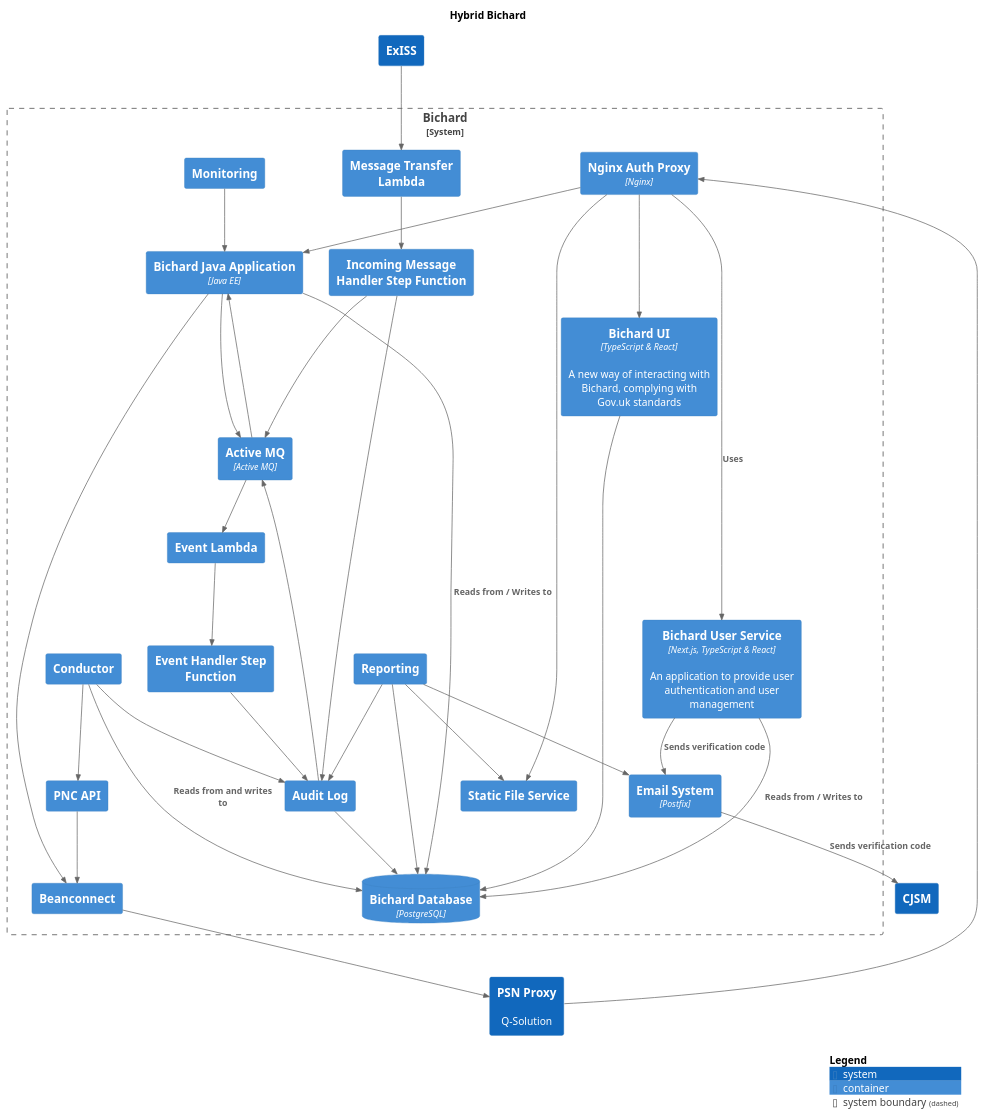
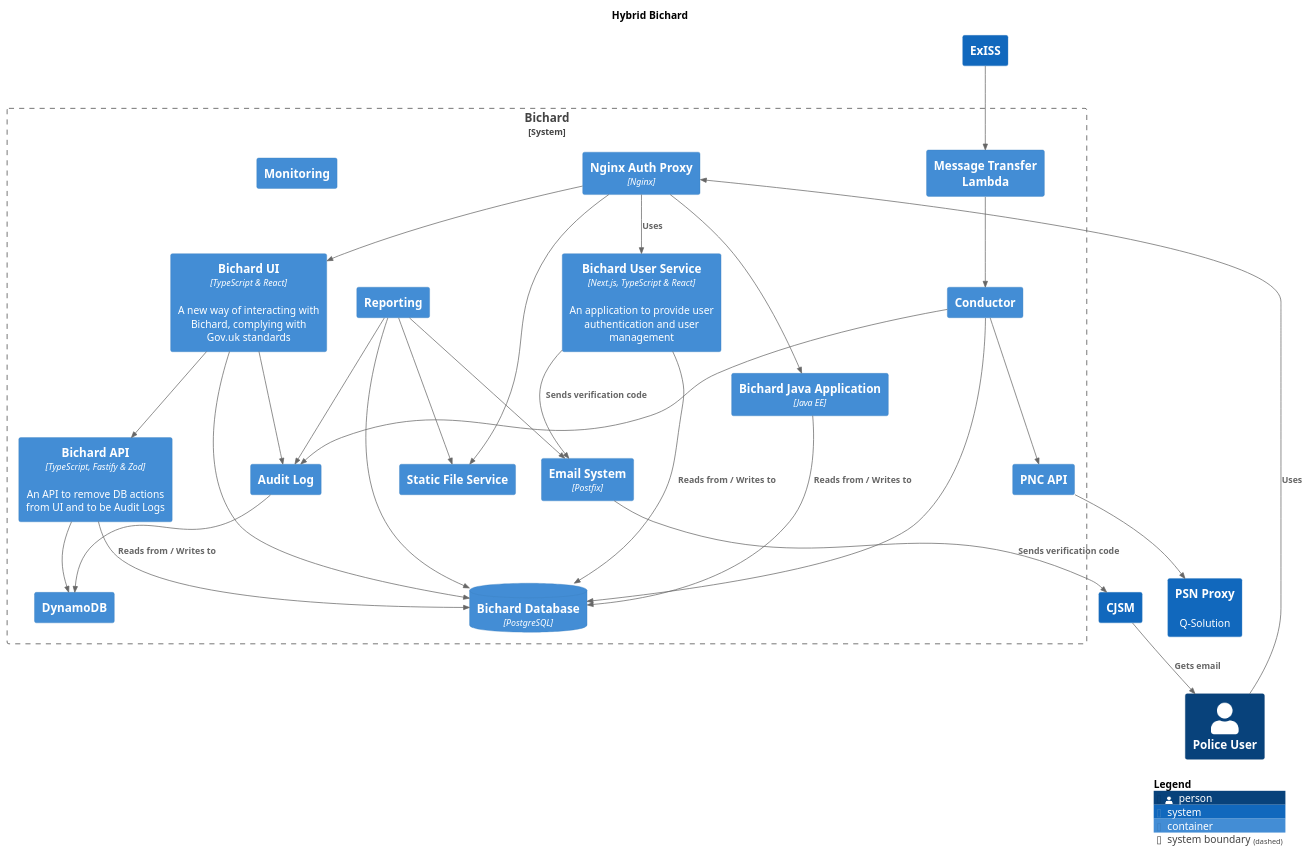
The diagram in main/puml/HybridBichard.puml (ministryofjustice/bichard7-next-core), drawn with PlantUML before and after one commit. The commit also changed 71 other files, not shown here.

```diff
--- a/main/puml/HybridBichard.puml
+++ b/main/puml/HybridBichard.puml
@@ -1,70 +1,62 @@
 @startuml
 set separator none
 title Hybrid Bichard
 
 top to bottom direction
 
 !include <C4/C4>
 !include <C4/C4_Context>
 !include <C4/C4_Container>
 
+Person(PoliceUser, "Police User", $descr="", $tags="", $link="")
 System(CJSM, "CJSM", $descr="", $tags="", $link="")
 System(PSNProxy, "PSN Proxy", $descr="Q-Solution", $tags="", $link="")
 System(ExISS, "ExISS", $descr="", $tags="", $link="")
 
 System_Boundary("Bichard_boundary", "Bichard", $tags="") {
-  Container(Bichard.Beanconnect, "Beanconnect", $techn="", $descr="", $tags="", $link="")
+  Container(Bichard.DynamoDB, "DynamoDB", $techn="", $descr="", $tags="", $link="")
   Container(Bichard.MessageTransferLambda, "Message Transfer Lambda", $techn="", $descr="", $tags="", $link="")
-  Container(Bichard.IncomingMessageHandlerStepFunction, "Incoming Message Handler Step Function", $techn="", $descr="", $tags="", $link="")
-  Container(Bichard.EventLambda, "Event Lambda", $techn="", $descr="", $tags="", $link="")
-  Container(Bichard.EventHandlerStepFunction, "Event Handler Step Function", $techn="", $descr="", $tags="", $link="")
-  Container(Bichard.ActiveMQ, "Active MQ", $techn="Active MQ", $descr="", $tags="", $link="")
   Container(Bichard.NginxAuthProxy, "Nginx Auth Proxy", $techn="Nginx", $descr="", $tags="", $link="")
   ContainerDb(Bichard.BichardDatabase, "Bichard Database", $techn="PostgreSQL", $descr="", $tags="", $link="")
   Container(Bichard.EmailSystem, "Email System", $techn="Postfix", $descr="", $tags="", $link="")
   Container(Bichard.BichardJavaApplication, "Bichard Java Application", $techn="Java EE", $descr="", $tags="", $link="")
   Container(Bichard.BichardUserService, "Bichard User Service", $techn="Next.js, TypeScript & React", $descr="An application to provide user authentication and user management", $tags="", $link="")
   Container(Bichard.AuditLog, "Audit Log", $techn="", $descr="", $tags="", $link="")
   Container(Bichard.StaticFileService, "Static File Service", $techn="", $descr="", $tags="", $link="")
   Container(Bichard.Reporting, "Reporting", $techn="", $descr="", $tags="", $link="")
   Container(Bichard.Monitoring, "Monitoring", $techn="", $descr="", $tags="", $link="")
   Container(Bichard.PNCAPI, "PNC API", $techn="", $descr="", $tags="", $link="")
   Container(Bichard.BichardUI, "Bichard UI", $techn="TypeScript & React", $descr="A new way of interacting with Bichard, complying with Gov.uk standards", $tags="", $link="")
   Container(Bichard.Conductor, "Conductor", $techn="", $descr="", $tags="", $link="")
+  Container(Bichard.BichardAPI, "Bichard API", $techn="TypeScript, Fastify & Zod", $descr="An API to remove DB actions from UI and to be Audit Logs", $tags="", $link="")
 }
 
-Rel(Bichard.AuditLog, Bichard.BichardDatabase, "", $techn="", $tags="", $link="")
-Rel(Bichard.AuditLog, Bichard.ActiveMQ, "", $techn="", $tags="", $link="")
 Rel(Bichard.Reporting, Bichard.AuditLog, "", $techn="", $tags="", $link="")
 Rel(Bichard.Reporting, Bichard.StaticFileService, "", $techn="", $tags="", $link="")
 Rel(Bichard.Reporting, Bichard.EmailSystem, "", $techn="", $tags="", $link="")
 Rel(Bichard.Reporting, Bichard.BichardDatabase, "", $techn="", $tags="", $link="")
-Rel(Bichard.Monitoring, Bichard.BichardJavaApplication, "", $techn="", $tags="", $link="")
 Rel(Bichard.NginxAuthProxy, Bichard.BichardUI, "", $techn="", $tags="", $link="")
 Rel(Bichard.BichardUI, Bichard.BichardDatabase, "", $techn="", $tags="", $link="")
+Rel(Bichard.BichardUI, Bichard.BichardAPI, "", $techn="", $tags="", $link="")
+Rel(Bichard.BichardUI, Bichard.AuditLog, "", $techn="", $tags="", $link="")
+Rel(Bichard.BichardAPI, Bichard.DynamoDB, "", $techn="", $tags="", $link="")
+Rel(Bichard.PNCAPI, PSNProxy, "", $techn="", $tags="", $link="")
+Rel(Bichard.Conductor, Bichard.BichardDatabase, "", $techn="", $tags="", $link="")
+Rel(Bichard.MessageTransferLambda, Bichard.Conductor, "", $techn="", $tags="", $link="")
 Rel(Bichard.Conductor, Bichard.AuditLog, "", $techn="", $tags="", $link="")
-Rel(Bichard.Conductor, Bichard.BichardDatabase, "Reads from and writes to", $techn="", $tags="", $link="")
 Rel(Bichard.Conductor, Bichard.PNCAPI, "", $techn="", $tags="", $link="")
-Rel(Bichard.PNCAPI, Bichard.Beanconnect, "", $techn="", $tags="", $link="")
-Rel(Bichard.BichardJavaApplication, Bichard.Beanconnect, "", $techn="", $tags="", $link="")
-Rel(Bichard.Beanconnect, PSNProxy, "", $techn="", $tags="", $link="")
-Rel(PSNProxy, Bichard.NginxAuthProxy, "", $techn="", $tags="", $link="")
+Rel(PoliceUser, Bichard.NginxAuthProxy, "Uses", $techn="", $tags="", $link="")
+Rel(CJSM, PoliceUser, "Gets email", $techn="", $tags="", $link="")
 Rel(Bichard.EmailSystem, CJSM, "Sends verification code", $techn="", $tags="", $link="")
 Rel(Bichard.BichardUserService, Bichard.EmailSystem, "Sends verification code", $techn="", $tags="", $link="")
 Rel(Bichard.NginxAuthProxy, Bichard.BichardJavaApplication, "", $techn="", $tags="", $link="")
 Rel(Bichard.NginxAuthProxy, Bichard.BichardUserService, "Uses", $techn="", $tags="", $link="")
 Rel(Bichard.NginxAuthProxy, Bichard.StaticFileService, "", $techn="", $tags="", $link="")
 Rel(Bichard.BichardUserService, Bichard.BichardDatabase, "Reads from / Writes to", $techn="", $tags="", $link="")
 Rel(Bichard.BichardJavaApplication, Bichard.BichardDatabase, "Reads from / Writes to", $techn="", $tags="", $link="")
+Rel(Bichard.BichardAPI, Bichard.BichardDatabase, "Reads from / Writes to", $techn="", $tags="", $link="")
 Rel(ExISS, Bichard.MessageTransferLambda, "", $techn="", $tags="", $link="")
-Rel(Bichard.MessageTransferLambda, Bichard.IncomingMessageHandlerStepFunction, "", $techn="", $tags="", $link="")
-Rel(Bichard.IncomingMessageHandlerStepFunction, Bichard.AuditLog, "", $techn="", $tags="", $link="")
-Rel(Bichard.IncomingMessageHandlerStepFunction, Bichard.ActiveMQ, "", $techn="", $tags="", $link="")
-Rel(Bichard.ActiveMQ, Bichard.EventLambda, "", $techn="", $tags="", $link="")
-Rel(Bichard.EventLambda, Bichard.EventHandlerStepFunction, "", $techn="", $tags="", $link="")
-Rel(Bichard.EventHandlerStepFunction, Bichard.AuditLog, "", $techn="", $tags="", $link="")
-Rel(Bichard.ActiveMQ, Bichard.BichardJavaApplication, "", $techn="", $tags="", $link="")
-Rel(Bichard.BichardJavaApplication, Bichard.ActiveMQ, "", $techn="", $tags="", $link="")
+Rel(Bichard.AuditLog, Bichard.DynamoDB, "", $techn="", $tags="", $link="")
 
 SHOW_LEGEND(true)
 @enduml
```
